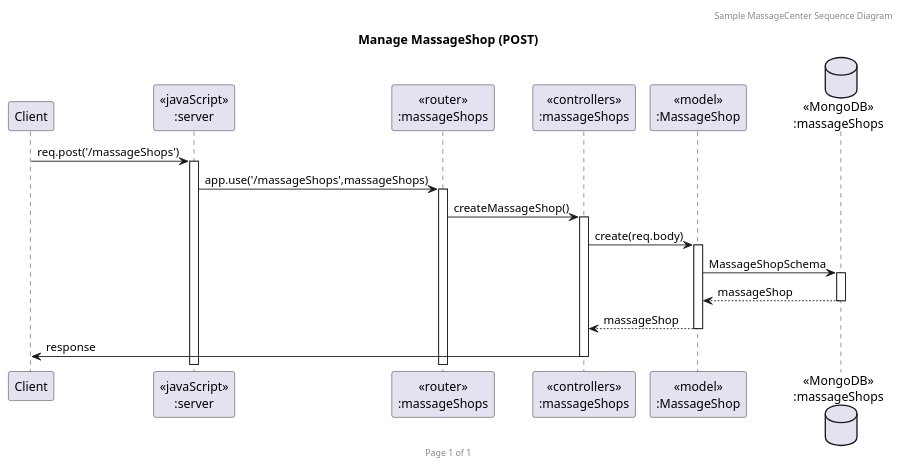
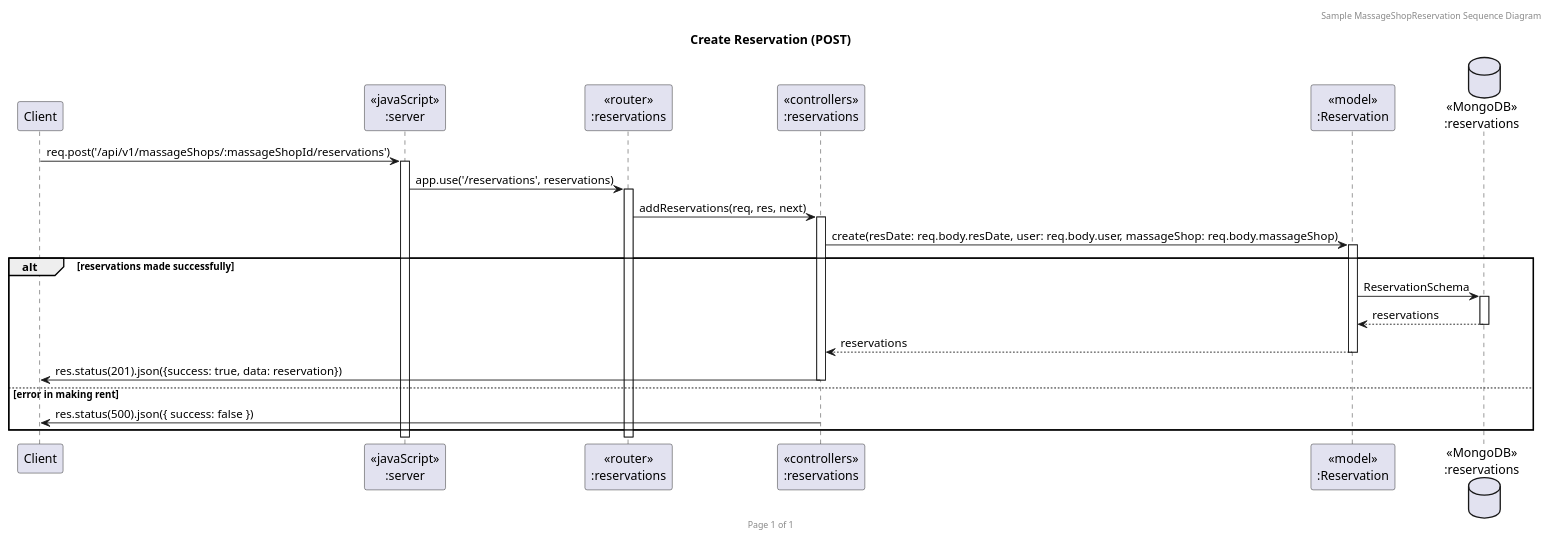
One commit to 2110503TACEDT66/presentation-day-1-dale-mai-mi-chip changed the diagram in sequence_diagram/post.puml. Above: the diagram before and after it, drawn with PlantUML. The commit also changed 4 other files, not shown here.

```diff
--- a/sequence_diagram/post.puml
+++ b/sequence_diagram/post.puml
@@ -1,23 +1,28 @@
-@startuml Manage MassageShop (POST)
+@startuml addReservations (POST)
 
-header Sample MassageCenter Sequence Diagram
+header Sample MassageShopReservation Sequence Diagram
 footer Page %page% of %lastpage%
-title "Manage MassageShop (POST)"
+title "Create Reservation (POST)"
 
 participant "Client" as client
 participant "<<javaScript>>\n:server" as server
-participant "<<router>>\n:massageShops" as routerMassageShops
-participant "<<controllers>>\n:massageShops" as controllersMassageShops
-participant "<<model>>\n:MassageShop" as modelMassageShop
-database "<<MongoDB>>\n:massageShops" as MassageShopsDatabase
+participant "<<router>>\n:reservations" as routerReservation
+participant "<<controllers>>\n:reservations" as controllersReservation
+participant "<<model>>\n:Reservation" as modelReservation
+database "<<MongoDB>>\n:reservations" as ReservationDatabase
 
-client->server ++:req.post('/massageShops')
-server->routerMassageShops ++:app.use('/massageShops',massageShops)
-routerMassageShops -> controllersMassageShops ++:createMassageShop()
-controllersMassageShops->modelMassageShop ++:create(req.body)
-modelMassageShop ->MassageShopsDatabase ++: MassageShopSchema
-MassageShopsDatabase --> modelMassageShop --: massageShop
-controllersMassageShops <-- modelMassageShop --:massageShop
-controllersMassageShops->client --:response
 
+client->server ++:req.post('/api/v1/massageShops/:massageShopId/reservations')
+server->routerReservation ++:app.use('/reservations', reservations)
+routerReservation -> controllersReservation ++: addReservations(req, res, next)
+controllersReservation->modelReservation ++: create(resDate: req.body.resDate, user: req.body.user, massageShop: req.body.massageShop)
+
+alt reservations made successfully
+ modelReservation ->ReservationDatabase ++: ReservationSchema
+  ReservationDatabase --> modelReservation --: reservations
+  controllersReservation <-- modelReservation --: reservations
+  controllersReservation->client --: res.status(201).json({success: true, data: reservation})
+else error in making rent
+  controllersReservation->client --: res.status(500).json({ success: false })
+end
 @enduml
```
